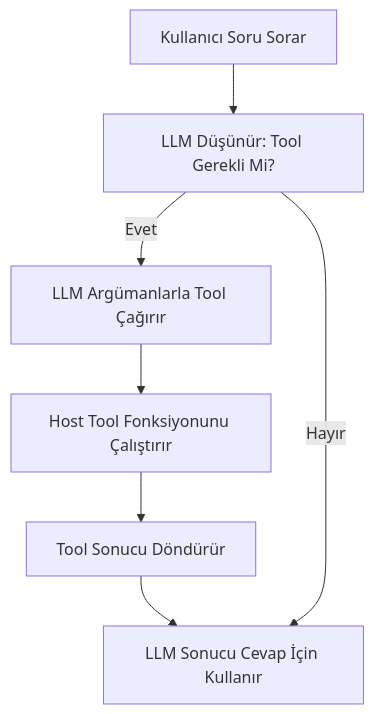
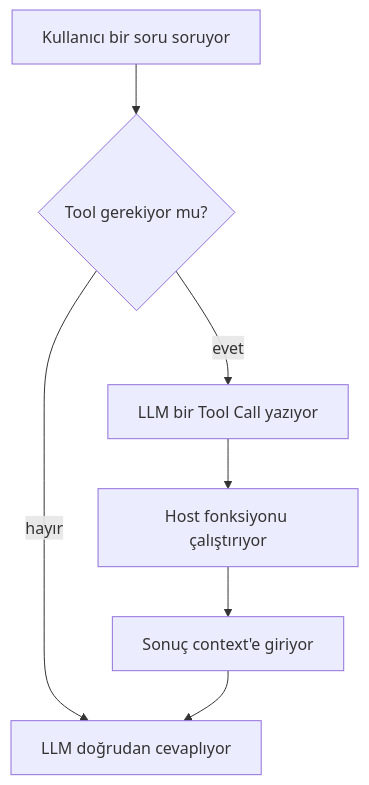
One commit to lokumai/ai-engineering-bazaar changed the first of 2 diagrams in mini-courses/1_fundamentals/4_tools_tr.md. Above: the diagram before and after it, drawn with Mermaid. The commit also changed other lines of this file and 12 other files, not shown here.

````diff
--- a/mini-courses/1_fundamentals/4_tools_tr.md
+++ b/mini-courses/1_fundamentals/4_tools_tr.md
@@ -111,9 +228,9 @@
 ```mermaid
 graph TD
-    A[Kullanıcı Soru Sorar] --> B[LLM Düşünür: Tool Gerekli Mi?]
-    B -->|Evet| C[LLM Argümanlarla Tool Çağırır]
-    C --> D[Host Tool Fonksiyonunu Çalıştırır]
-    D --> E[Tool Sonucu Döndürür]
-    E --> F[LLM Sonucu Cevap İçin Kullanır]
-    B -->|Hayır| F
+    A["Kullanıcı bir soru soruyor"] --> B{"Tool gerekiyor mu?"}
+    B -->|hayır| F["LLM doğrudan cevaplıyor"]
+    B -->|evet| C["LLM bir Tool Call yazıyor"]
+    C --> D["Host fonksiyonu çalıştırıyor"]
+    D --> E["Sonuç context'e giriyor"]
+    E --> F
 ```
````
